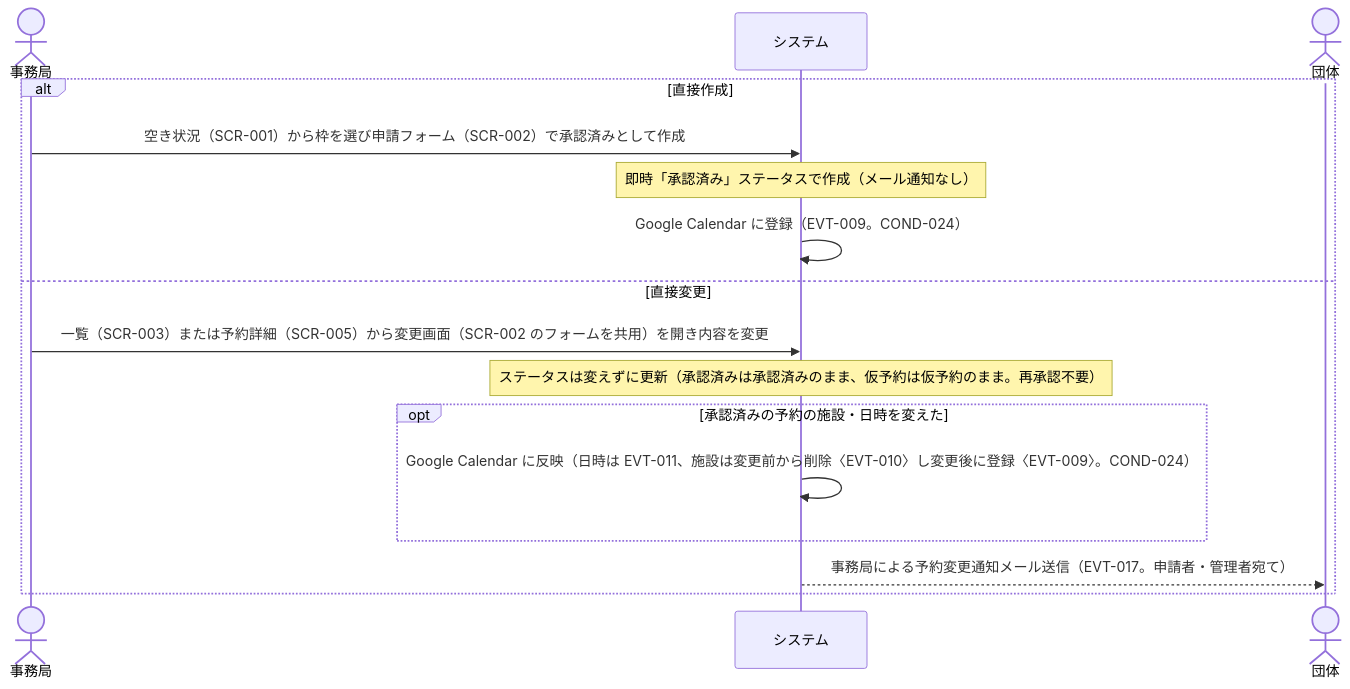
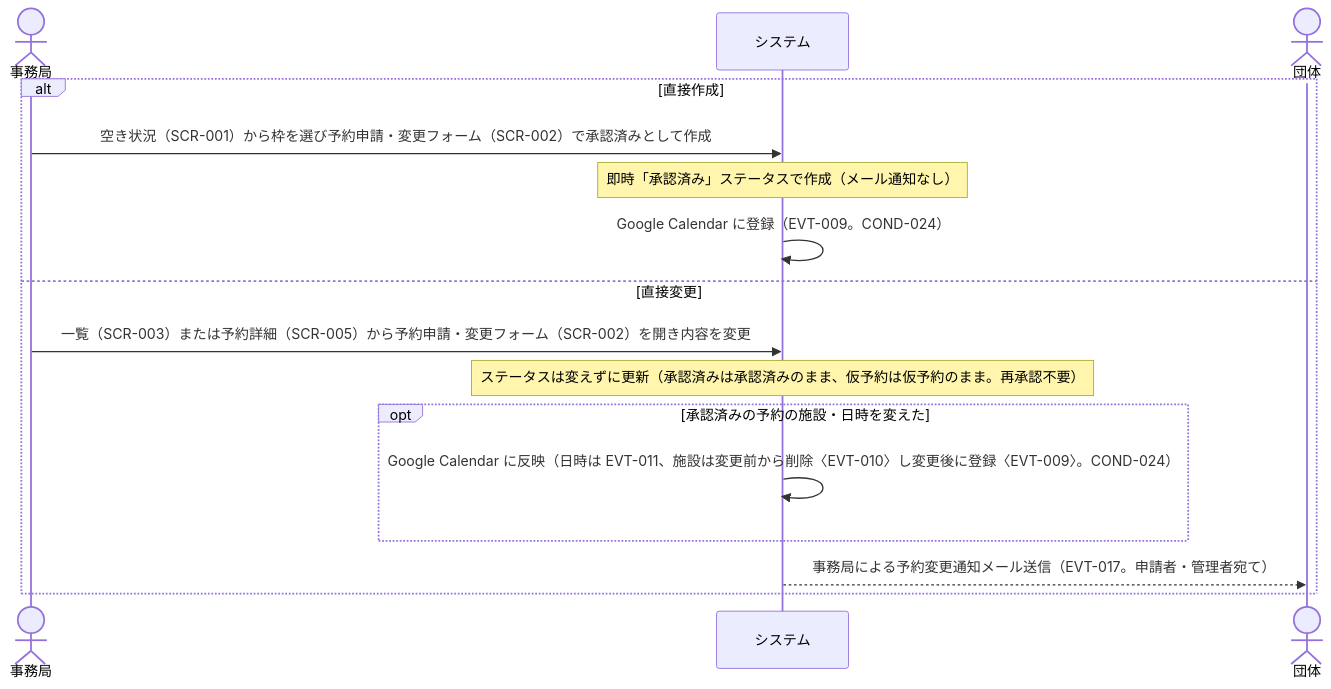
One commit to gdsc-osaka/iclub-reserve changed the fourth of 5 diagrams in rdra/contexts/reservation-approval.md. Above: the diagram before and after it, drawn with Mermaid. The commit also changed other lines of this file and 6 other files, not shown here.

````diff
--- a/rdra/contexts/reservation-approval.md
+++ b/rdra/contexts/reservation-approval.md
@@ -234,19 +234,19 @@
 ```mermaid
 sequenceDiagram
     actor 事務局
     participant システム
     actor 団体
 
     alt 直接作成
-        事務局->>システム: 空き状況（SCR-001）から枠を選び申請フォーム（SCR-002）で承認済みとして作成
+        事務局->>システム: 空き状況（SCR-001）から枠を選び予約申請・変更フォーム（SCR-002）で承認済みとして作成
         Note over システム: 即時「承認済み」ステータスで作成（メール通知なし）
         システム->>システム: Google Calendar に登録（EVT-009。COND-024）
     else 直接変更
-        事務局->>システム: 一覧（SCR-003）または予約詳細（SCR-005）から変更画面（SCR-002 のフォームを共用）を開き内容を変更
+        事務局->>システム: 一覧（SCR-003）または予約詳細（SCR-005）から予約申請・変更フォーム（SCR-002）を開き内容を変更
         Note over システム: ステータスは変えずに更新（承認済みは承認済みのまま、仮予約は仮予約のまま。再承認不要）
         opt 承認済みの予約の施設・日時を変えた
             システム->>システム: Google Calendar に反映（日時は EVT-011、施設は変更前から削除〈EVT-010〉し変更後に登録〈EVT-009〉。COND-024）
         end
         システム-->>団体: 事務局による予約変更通知メール送信（EVT-017。申請者・管理者宛て）
     end
 ```
````
